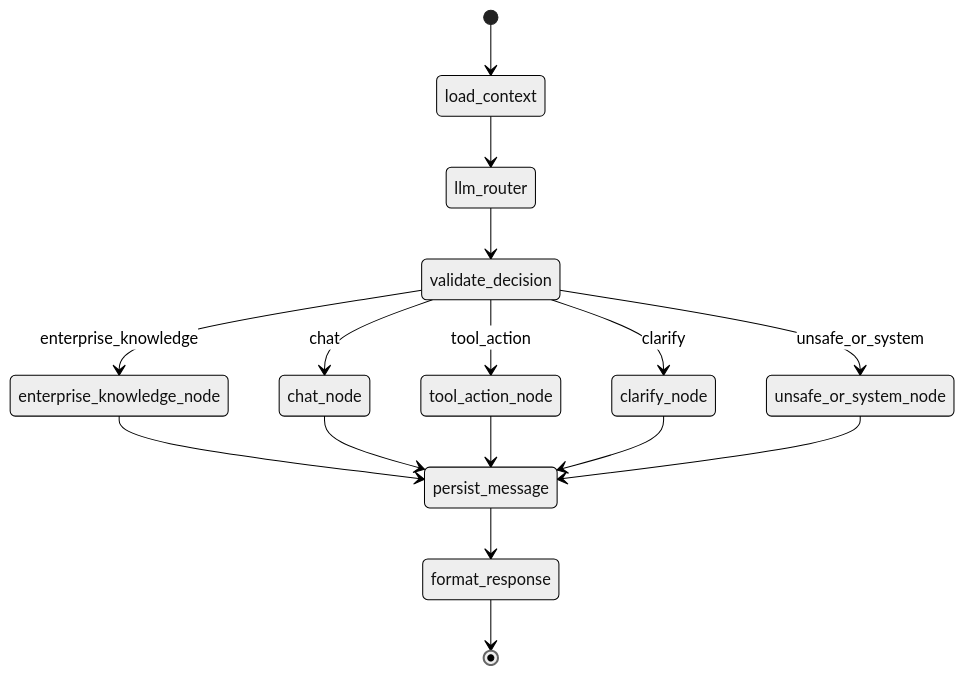
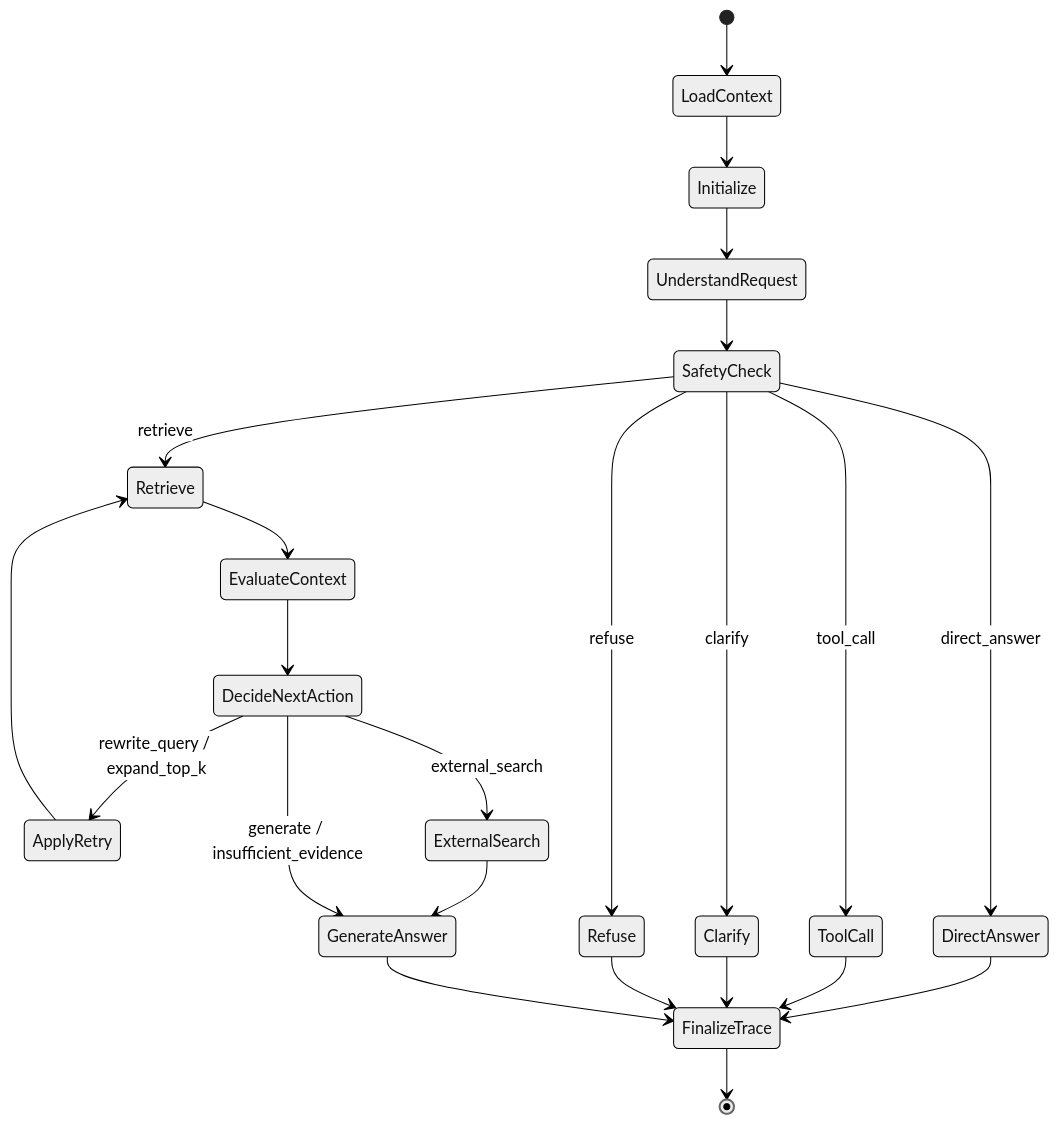
One commit to Aria-doufan/NexusKB- changed the eighth of 26 diagrams in docs/project_guide/NEXUSKB_ARCHITECTURE_DIAGRAMS.md. Above: the diagram before and after it, drawn with Mermaid (neutral theme). The commit also changed other lines of this file and 13 other files, not shown here.

````diff
--- a/docs/project_guide/NEXUSKB_ARCHITECTURE_DIAGRAMS.md
+++ b/docs/project_guide/NEXUSKB_ARCHITECTURE_DIAGRAMS.md
@@ -430,21 +435,28 @@
 ```mermaid
 stateDiagram-v2
-    [*] --> load_context
-    load_context --> llm_router
-    llm_router --> validate_decision
+    [*] --> LoadContext
+    LoadContext --> Initialize
+    Initialize --> UnderstandRequest
+    UnderstandRequest --> SafetyCheck
 
-    validate_decision --> enterprise_knowledge_node: enterprise_knowledge
-    validate_decision --> chat_node: chat
-    validate_decision --> tool_action_node: tool_action
-    validate_decision --> clarify_node: clarify
-    validate_decision --> unsafe_or_system_node: unsafe_or_system
+    SafetyCheck --> DirectAnswer: direct_answer
+    SafetyCheck --> Retrieve: retrieve
+    SafetyCheck --> ToolCall: tool_call
+    SafetyCheck --> Clarify: clarify
+    SafetyCheck --> Refuse: refuse
 
-    enterprise_knowledge_node --> persist_message
-    chat_node --> persist_message
-    tool_action_node --> persist_message
-    clarify_node --> persist_message
-    unsafe_or_system_node --> persist_message
+    Retrieve --> EvaluateContext
+    EvaluateContext --> DecideNextAction
+    DecideNextAction --> ApplyRetry: rewrite_query / expand_top_k
+    ApplyRetry --> Retrieve
+    DecideNextAction --> ExternalSearch: external_search
+    ExternalSearch --> GenerateAnswer
+    DecideNextAction --> GenerateAnswer: generate / insufficient_evidence
 
-    persist_message --> format_response
-    format_response --> [*]
+    DirectAnswer --> FinalizeTrace
+    ToolCall --> FinalizeTrace
+    Clarify --> FinalizeTrace
+    Refuse --> FinalizeTrace
+    GenerateAnswer --> FinalizeTrace
+    FinalizeTrace --> [*]
 ```
````
